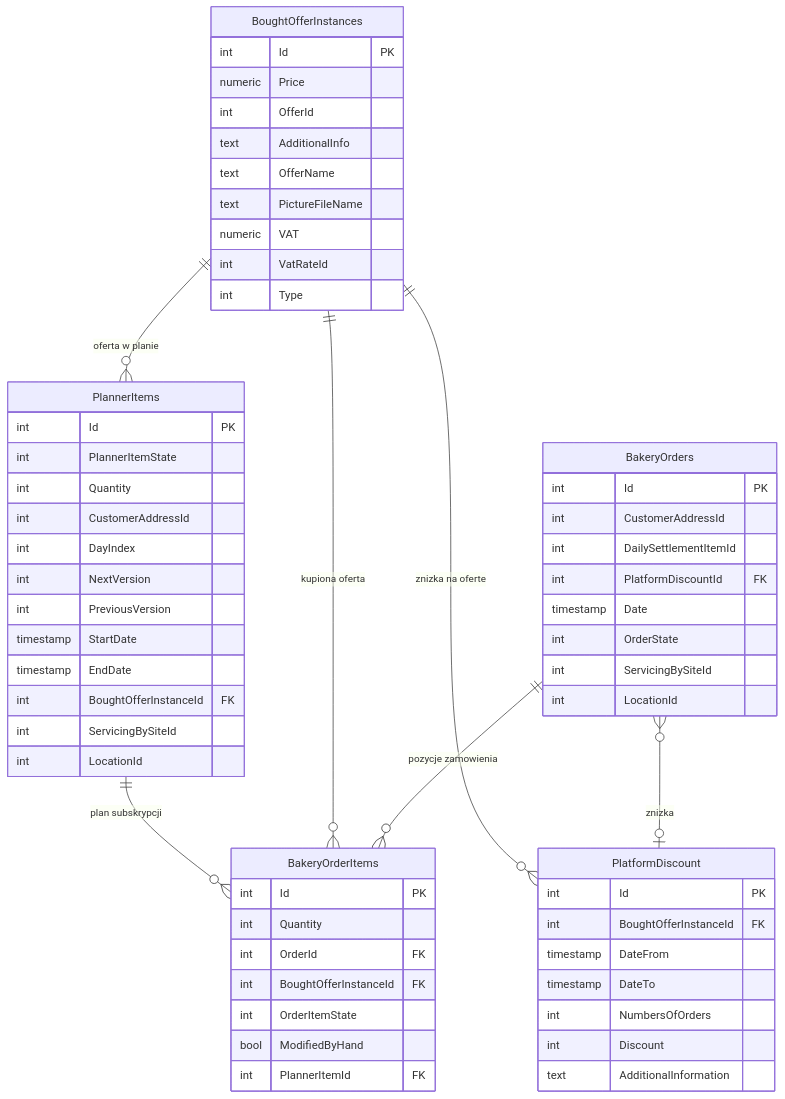
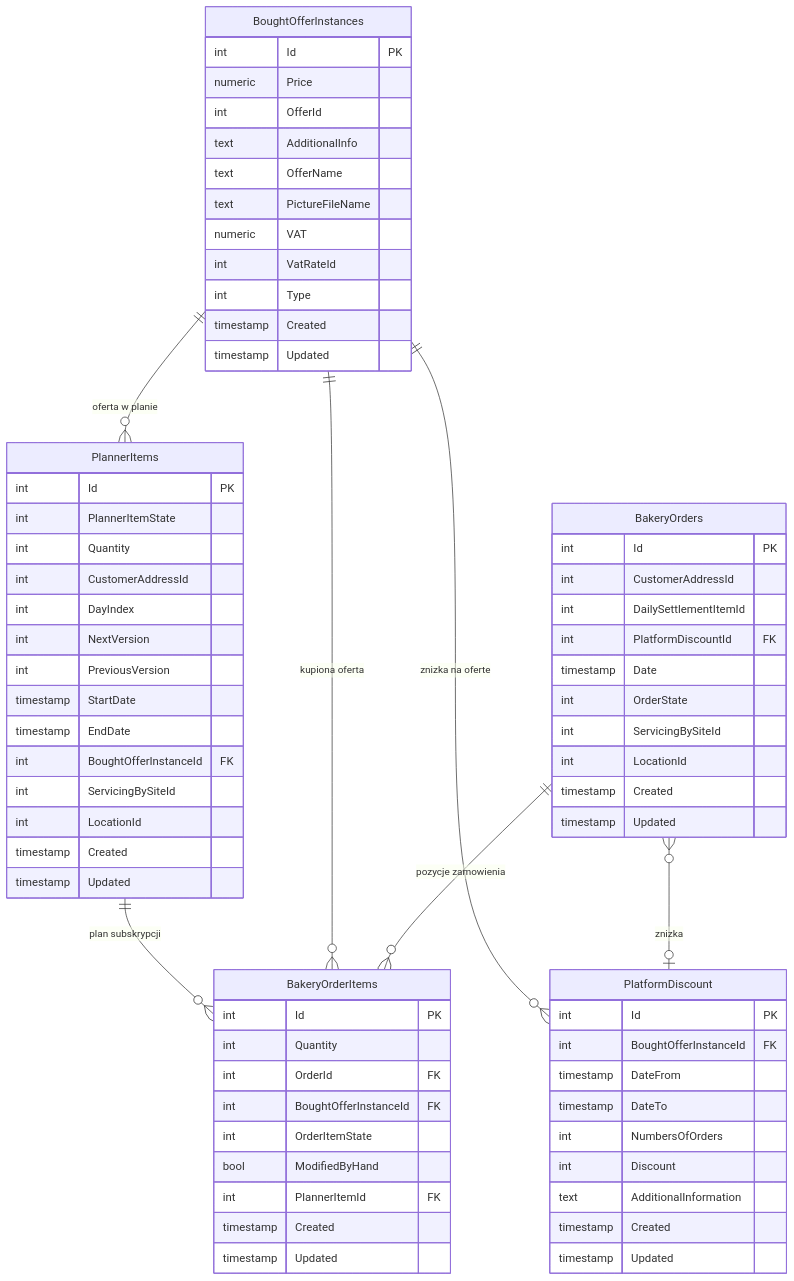
The fourth of 8 diagrams in docs/source_db_diagrams.md (JakubRybak/Data_Warehouse_Bake2Home), drawn with Mermaid before and after one commit. The commit also changed other lines of this file and 10 other files, not shown here.

````diff
--- a/docs/source_db_diagrams.md
+++ b/docs/source_db_diagrams.md
@@ -337,67 +395,77 @@
 ```mermaid
 erDiagram
     BakeryOrders {
         int Id PK
         int CustomerAddressId
         int DailySettlementItemId
         int PlatformDiscountId FK
         timestamp Date
         int OrderState
         int ServicingBySiteId
         int LocationId
+        timestamp Created
+        timestamp Updated
     }
 
     BakeryOrderItems {
         int Id PK
         int Quantity
         int OrderId FK
         int BoughtOfferInstanceId FK
         int OrderItemState
         bool ModifiedByHand
         int PlannerItemId FK
+        timestamp Created
+        timestamp Updated
     }
 
     BoughtOfferInstances {
         int Id PK
         numeric Price
         int OfferId
         text AdditionalInfo
         text OfferName
         text PictureFileName
         numeric VAT
         int VatRateId
         int Type
+        timestamp Created
+        timestamp Updated
     }
 
     PlannerItems {
         int Id PK
         int PlannerItemState
         int Quantity
         int CustomerAddressId
         int DayIndex
         int NextVersion
         int PreviousVersion
         timestamp StartDate
         timestamp EndDate
         int BoughtOfferInstanceId FK
         int ServicingBySiteId
         int LocationId
+        timestamp Created
+        timestamp Updated
     }
 
     PlatformDiscount {
         int Id PK
         int BoughtOfferInstanceId FK
         timestamp DateFrom
         timestamp DateTo
         int NumbersOfOrders
         int Discount
         text AdditionalInformation
+        timestamp Created
+        timestamp Updated
     }
 
     BakeryOrders ||--o{ BakeryOrderItems : "pozycje zamowienia"
     BoughtOfferInstances ||--o{ BakeryOrderItems : "kupiona oferta"
     PlannerItems ||--o{ BakeryOrderItems : "plan subskrypcji"
     BoughtOfferInstances ||--o{ PlannerItems : "oferta w planie"
     BakeryOrders }o--o| PlatformDiscount : "znizka"
     BoughtOfferInstances ||--o{ PlatformDiscount : "znizka na oferte"
 ```
````
